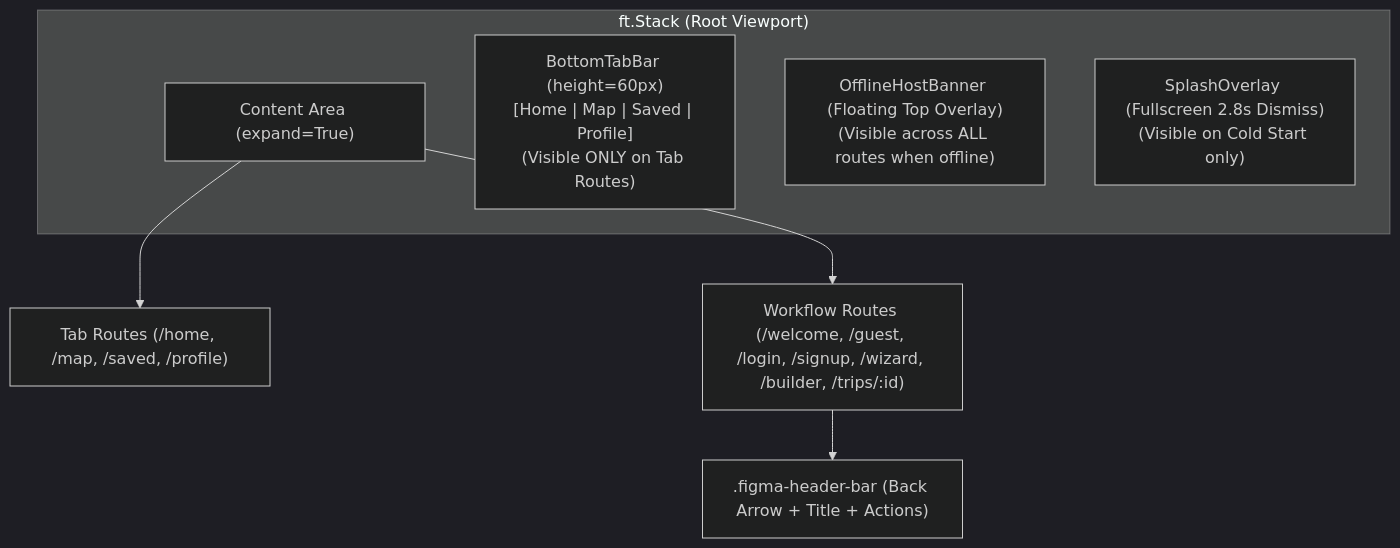
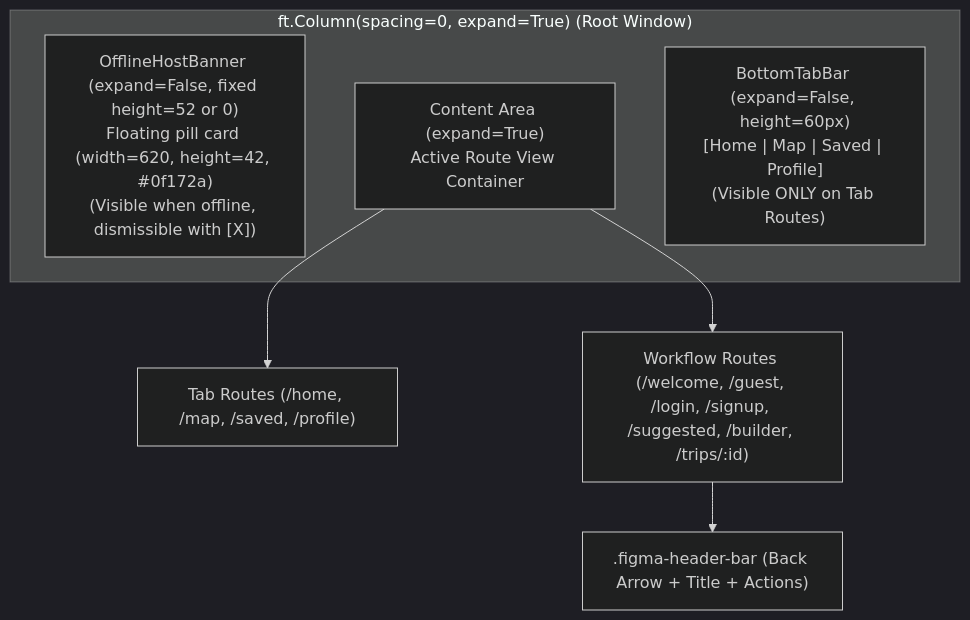
Before and after one commit to Edselrenz/Itinerary-App: the first of 3 diagrams in docs/DESKTOP_APP_ARCHITECTURE.md, drawn with Mermaid (dark theme). The commit also changed other lines of this file and 33 other files, not shown here.

````diff
--- a/docs/DESKTOP_APP_ARCHITECTURE.md
+++ b/docs/DESKTOP_APP_ARCHITECTURE.md
@@ -109,13 +112,12 @@
 ```mermaid
 flowchart TD
-    subgraph RootStack ["ft.Stack (Root Viewport)"]
-        ContentArea["Content Area (expand=True)"]
-        BottomTabBar["BottomTabBar (height=60px)<br/>[Home | Map | Saved | Profile]<br/>(Visible ONLY on Tab Routes)"]
-        OfflineBanner["OfflineHostBanner (Floating Top Overlay)<br/>(Visible across ALL routes when offline)"]
-        SplashOverlay["SplashOverlay (Fullscreen 2.8s Dismiss)<br/>(Visible on Cold Start only)"]
+    subgraph RootColumn ["ft.Column(spacing=0, expand=True) (Root Window)"]
+        OfflineBanner["OfflineHostBanner (expand=False, fixed height=52 or 0)<br/>Floating pill card (width=620, height=42, #0f172a)<br/>(Visible when offline, dismissible with [X])"]
+        ContentArea["Content Area (expand=True)<br/>Active Route View Container"]
+        BottomTabBar["BottomTabBar (expand=False, height=60px)<br/>[Home | Map | Saved | Profile]<br/>(Visible ONLY on Tab Routes)"]
     end
 
     ContentArea --> TabRoutes["Tab Routes (/home, /map, /saved, /profile)"]
-    ContentArea --> WorkflowRoutes["Workflow Routes (/welcome, /guest, /login, /signup, /wizard, /builder, /trips/:id)"]
+    ContentArea --> WorkflowRoutes["Workflow Routes (/welcome, /guest, /login, /signup, /suggested, /builder, /trips/:id)"]
     WorkflowRoutes --> FigmaHeader[".figma-header-bar (Back Arrow + Title + Actions)"]
 ```
````
